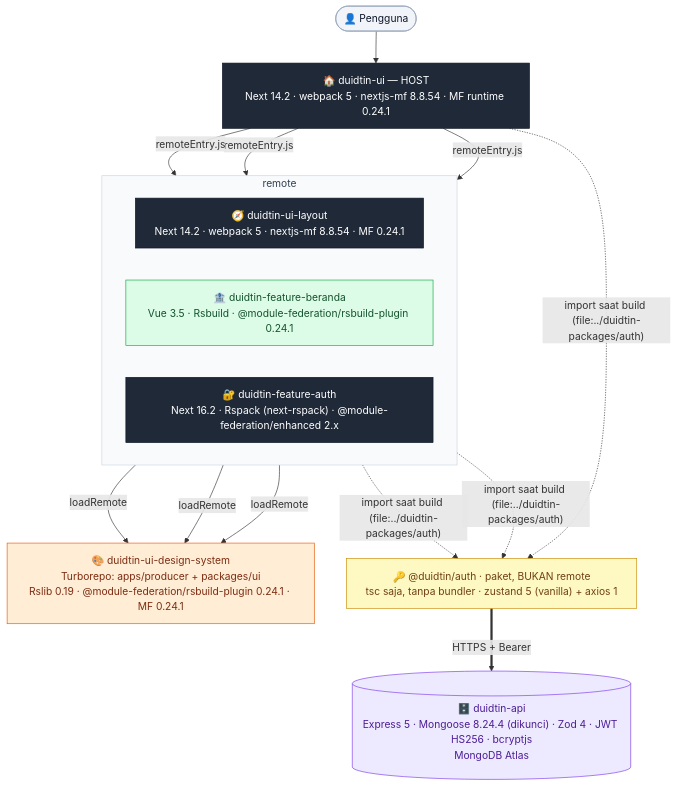
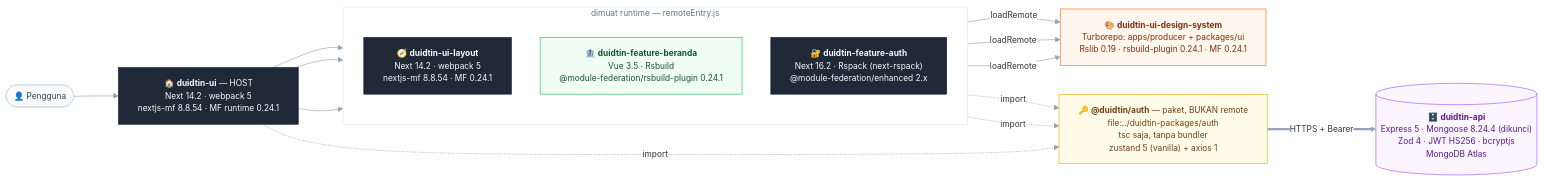
The diagram in README.id.md (AnggaWikaNugraha/super-apps-microfrontend-duidtin), drawn with Mermaid before and after one commit. The commit also changed 1 other file, not shown here.

````diff
--- a/README.id.md
+++ b/README.id.md
@@ -283,40 +283,40 @@
 ```mermaid
-%%{init: {'flowchart': {'wrappingWidth': 420}}}%%
-flowchart TD
+%%{init: {'theme':'base','themeVariables':{'fontSize':'13px','lineColor':'#94a3b8','edgeLabelBackground':'#ffffff'},'flowchart':{'wrappingWidth':330,'nodeSpacing':45,'rankSpacing':70,'curve':'basis'}}}%%
+flowchart LR
   U(["👤 Pengguna"]) --> H
 
-  H["🏠 duidtin-ui — HOST<br/>Next 14.2 · webpack 5 · nextjs-mf 8.8.54 · MF runtime 0.24.1"]
+  H["🏠 <b>duidtin-ui</b> — HOST<br/>Next 14.2 · webpack 5<br/>nextjs-mf 8.8.54 · MF runtime 0.24.1"]
 
-  subgraph RUNTIME ["remote"]
-    direction LR
-    L["🧭 duidtin-ui-layout<br/>Next 14.2 · webpack 5 · nextjs-mf 8.8.54 · MF 0.24.1"]
-    B["🏦 duidtin-feature-beranda<br/>Vue 3.5 · Rsbuild · @module-federation/rsbuild-plugin 0.24.1"]
-    A["🔐 duidtin-feature-auth<br/>Next 16.2 · Rspack (next-rspack) · @module-federation/enhanced 2.x"]
+  subgraph RUNTIME ["dimuat runtime — remoteEntry.js"]
+    direction TB
+    L["🧭 <b>duidtin-ui-layout</b><br/>Next 14.2 · webpack 5<br/>nextjs-mf 8.8.54 · MF 0.24.1"]
+    B["🏦 <b>duidtin-feature-beranda</b><br/>Vue 3.5 · Rsbuild<br/>@module-federation/rsbuild-plugin 0.24.1"]
+    A["🔐 <b>duidtin-feature-auth</b><br/>Next 16.2 · Rspack (next-rspack)<br/>@module-federation/enhanced 2.x"]
   end
 
-  H -- "remoteEntry.js" --> L
-  H -- "remoteEntry.js" --> B
-  H -- "remoteEntry.js" --> A
+  H --> L
+  H --> B
+  H --> A
 
-  L & B & A -- "loadRemote" --> DS["🎨 duidtin-ui-design-system<br/>Turborepo: apps/producer + packages/ui<br/>Rslib 0.19 · @module-federation/rsbuild-plugin 0.24.1 · MF 0.24.1"]
+  L & B & A -- "loadRemote" --> DS["🎨 <b>duidtin-ui-design-system</b><br/>Turborepo: apps/producer + packages/ui<br/>Rslib 0.19 · rsbuild-plugin 0.24.1 · MF 0.24.1"]
 
-  H & B & A -. "import saat build (file:../duidtin-packages/auth)" .-> P["🔑 @duidtin/auth · paket, BUKAN remote<br/>tsc saja, tanpa bundler · zustand 5 (vanilla) + axios 1"]
+  H & B & A -. "import" .-> P["🔑 <b>@duidtin/auth</b> — paket, BUKAN remote<br/>file:../duidtin-packages/auth<br/>tsc saja, tanpa bundler<br/>zustand 5 (vanilla) + axios 1"]
 
-  P == "HTTPS + Bearer" ==> API[("🗄️ duidtin-api<br/>Express 5 · Mongoose 8.24.4 (dikunci) · Zod 4 · JWT HS256 · bcryptjs<br/>MongoDB Atlas")]
+  P == "HTTPS + Bearer" ==> API[("🗄️ <b>duidtin-api</b><br/>Express 5 · Mongoose 8.24.4 (dikunci)<br/>Zod 4 · JWT HS256 · bcryptjs<br/>MongoDB Atlas")]
 
-  classDef pengguna fill:#f1f5f9,stroke:#94a3b8,color:#0f172a
-  classDef next fill:#1f2937,stroke:#111827,color:#ffffff
-  classDef rs fill:#ffedd5,stroke:#ea580c,color:#7c2d12
-  classDef vue fill:#dcfce7,stroke:#16a34a,color:#14532d
-  classDef paket fill:#fef9c3,stroke:#ca8a04,color:#713f12
-  classDef backend fill:#ede9fe,stroke:#7c3aed,color:#4c1d95
+  classDef pengguna fill:#f8fafc,stroke:#cbd5e1,color:#334155
+  classDef next fill:#1f2937,stroke:#0f172a,color:#f8fafc
+  classDef rs fill:#fff7ed,stroke:#f97316,color:#7c2d12
+  classDef vue fill:#f0fdf4,stroke:#22c55e,color:#14532d
+  classDef paket fill:#fefce8,stroke:#eab308,color:#713f12
+  classDef backend fill:#faf5ff,stroke:#a855f7,color:#581c87
 
   class U pengguna
   class H,L,A next
   class DS rs
   class B vue
   class P paket
   class API backend
 
-  style RUNTIME fill:#f8fafc,stroke:#cbd5e1,color:#334155
+  style RUNTIME fill:#ffffff,stroke:#e2e8f0,color:#64748b
 ```
````
